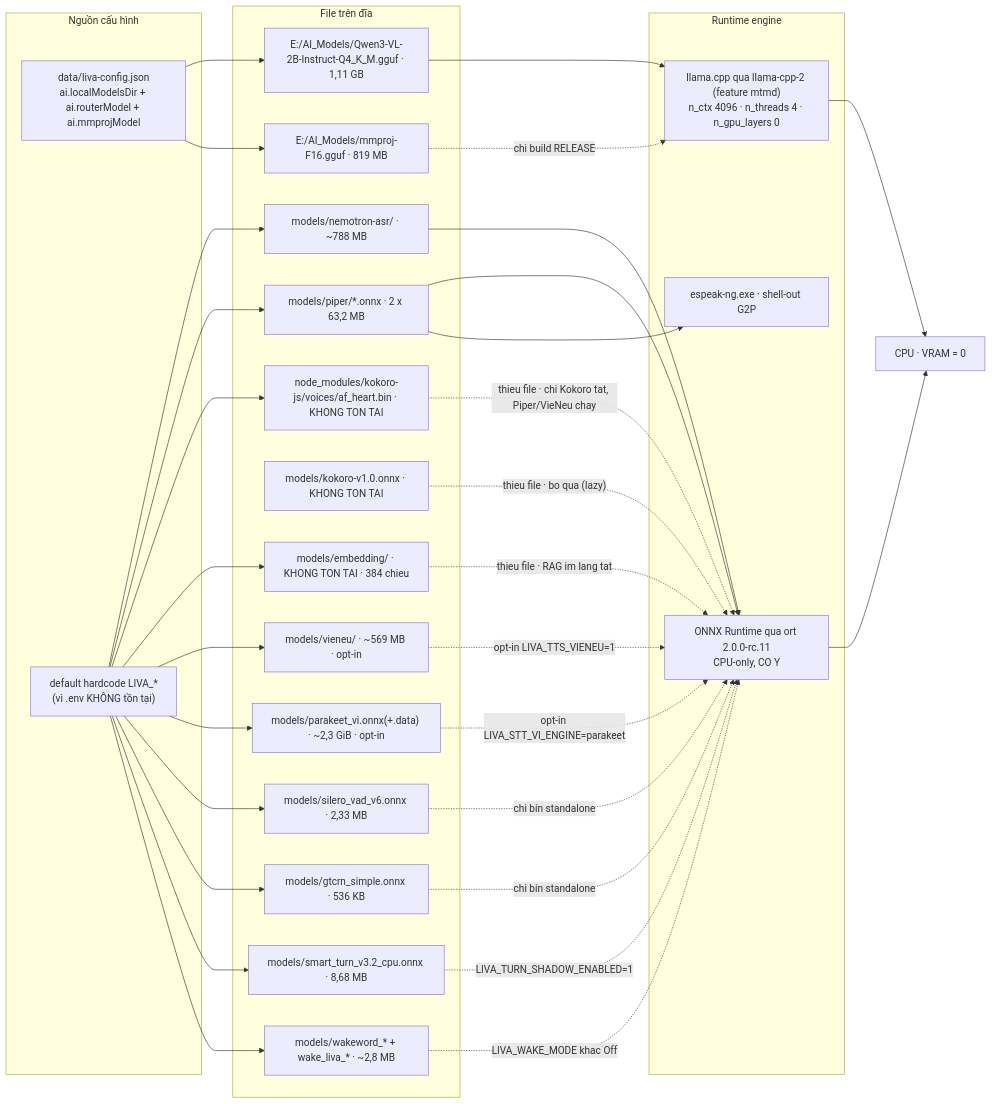
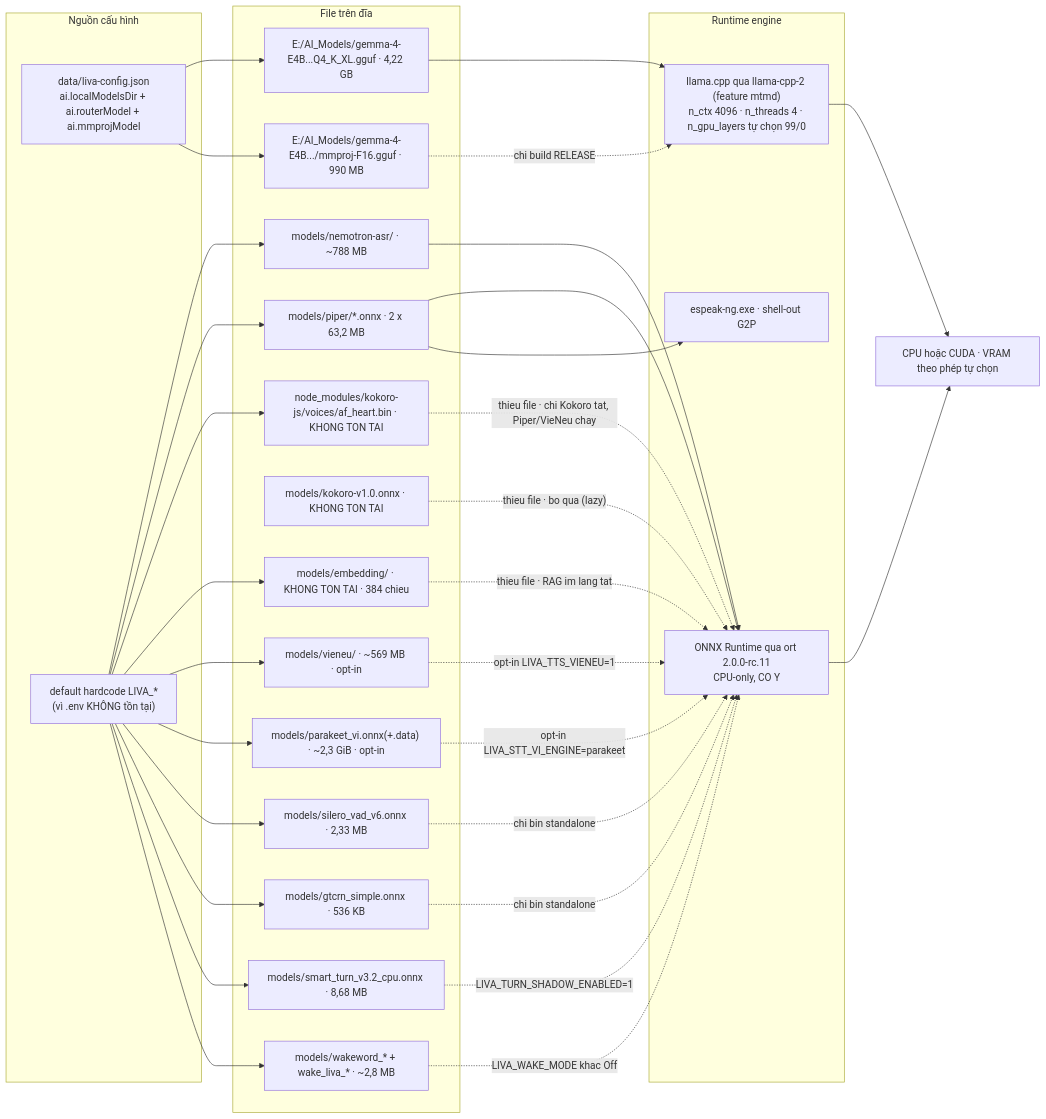
Before and after one commit to DuongNAD/LIVA: the diagram in docs/02-van-hanh/02-mo-hinh-ai-va-tai-nguyen.md, drawn with Mermaid. The commit also changed other lines of this file and 36 other files, not shown here.

````diff
--- a/docs/02-van-hanh/02-mo-hinh-ai-va-tai-nguyen.md
+++ b/docs/02-van-hanh/02-mo-hinh-ai-va-tai-nguyen.md
@@ -150,60 +150,60 @@
 ```mermaid
 flowchart LR
   subgraph SRC["Nguồn cấu hình"]
     CFG["data/liva-config.json<br/>ai.localModelsDir + ai.routerModel + ai.mmprojModel"]
     ENVD["default hardcode LIVA_*<br/>(vì .env KHÔNG tồn tại)"]
   end
 
   subgraph FILES["File trên đĩa"]
-    GGUF["E:/AI_Models/Qwen3-VL-2B-Instruct-Q4_K_M.gguf · 1,11 GB"]
-    MMP["E:/AI_Models/mmproj-F16.gguf · 819 MB"]
+    GGUF["E:/AI_Models/gemma-4-E4B...Q4_K_XL.gguf · 4,22 GB"]
+    MMP["E:/AI_Models/gemma-4-E4B.../mmproj-F16.gguf · 990 MB"]
     NEMO["models/nemotron-asr/ · ~788 MB"]
     PIPER["models/piper/*.onnx · 2 x 63,2 MB"]
     KOKV["node_modules/kokoro-js/voices/af_heart.bin · KHONG TON TAI"]
     KOK["models/kokoro-v1.0.onnx · KHONG TON TAI"]
     EMB["models/embedding/ · KHONG TON TAI · 384 chieu"]
     VIE["models/vieneu/ · ~569 MB · opt-in"]
     PARA["models/parakeet_vi.onnx(+.data) · ~2,3 GiB · opt-in"]
     SVAD["models/silero_vad_v6.onnx · 2,33 MB"]
     GTC["models/gtcrn_simple.onnx · 536 KB"]
     TURN["models/smart_turn_v3.2_cpu.onnx · 8,68 MB"]
     WAKE["models/wakeword_* + wake_liva_* · ~2,8 MB"]
   end
 
   subgraph RT["Runtime engine"]
-    LLAMA["llama.cpp qua llama-cpp-2 (feature mtmd)<br/>n_ctx 4096 · n_threads 4 · n_gpu_layers 0"]
+    LLAMA["llama.cpp qua llama-cpp-2 (feature mtmd)<br/>n_ctx 4096 · n_threads 4 · n_gpu_layers tự chọn 99/0"]
     ORT["ONNX Runtime qua ort 2.0.0-rc.11<br/>CPU-only, CO Y"]
     ESPK["espeak-ng.exe · shell-out G2P"]
   end
 
   CFG --> GGUF
   CFG --> MMP
   ENVD --> NEMO
   ENVD --> PIPER
   ENVD --> KOKV
   ENVD --> EMB
   ENVD --> VIE
   ENVD --> PARA
   ENVD --> SVAD
   ENVD --> GTC
   ENVD --> TURN
   ENVD --> WAKE
 
   GGUF --> LLAMA
   MMP -.->|"chi build RELEASE"| LLAMA
   NEMO --> ORT
   PIPER --> ORT
   KOKV -.->|"thieu file · chi Kokoro tat, Piper/VieNeu chay"| ORT
   KOK -.->|"thieu file · bo qua (lazy)"| ORT
   EMB -.->|"thieu file · RAG im lang tat"| ORT
   VIE -.->|"opt-in LIVA_TTS_VIENEU=1"| ORT
   PARA -.->|"opt-in LIVA_STT_VI_ENGINE=parakeet"| ORT
   SVAD -.->|"chi bin standalone"| ORT
   GTC -.->|"chi bin standalone"| ORT
   TURN -.->|"LIVA_TURN_SHADOW_ENABLED=1"| ORT
   WAKE -.->|"LIVA_WAKE_MODE khac Off"| ORT
 
   PIPER --> ESPK
-  LLAMA --> CPUD["CPU · VRAM = 0"]
+  LLAMA --> CPUD["CPU hoặc CUDA · VRAM theo phép tự chọn"]
   ORT --> CPUD
 ```
````
